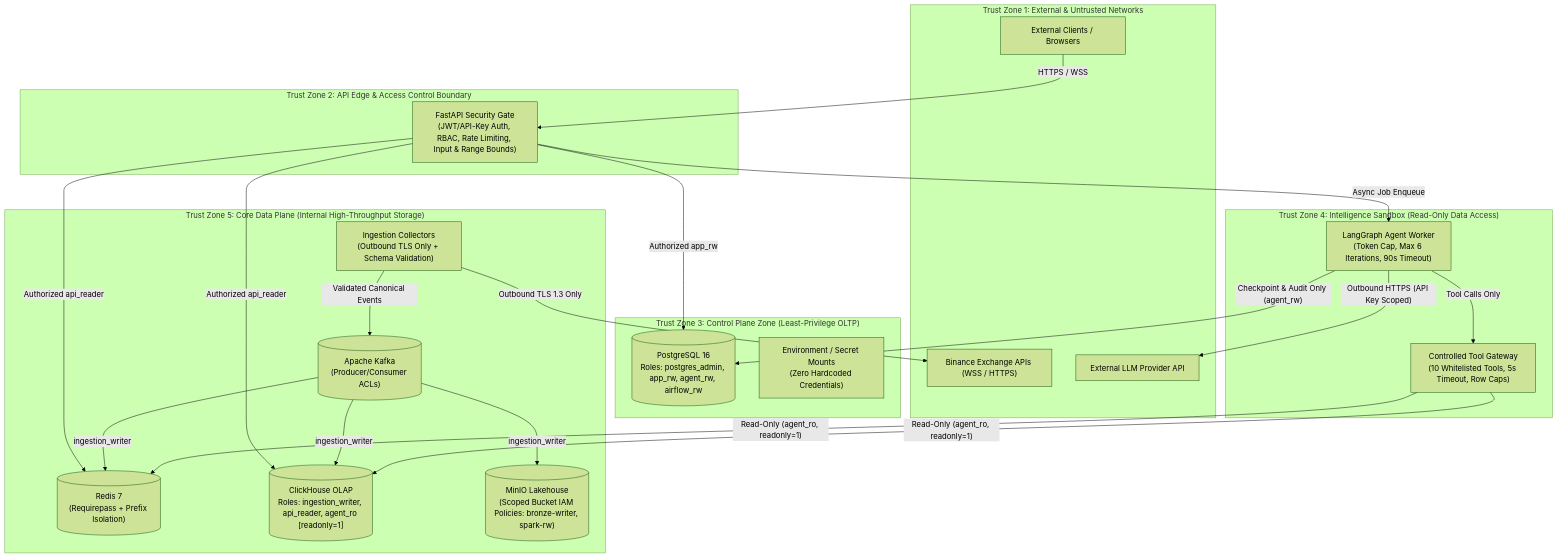
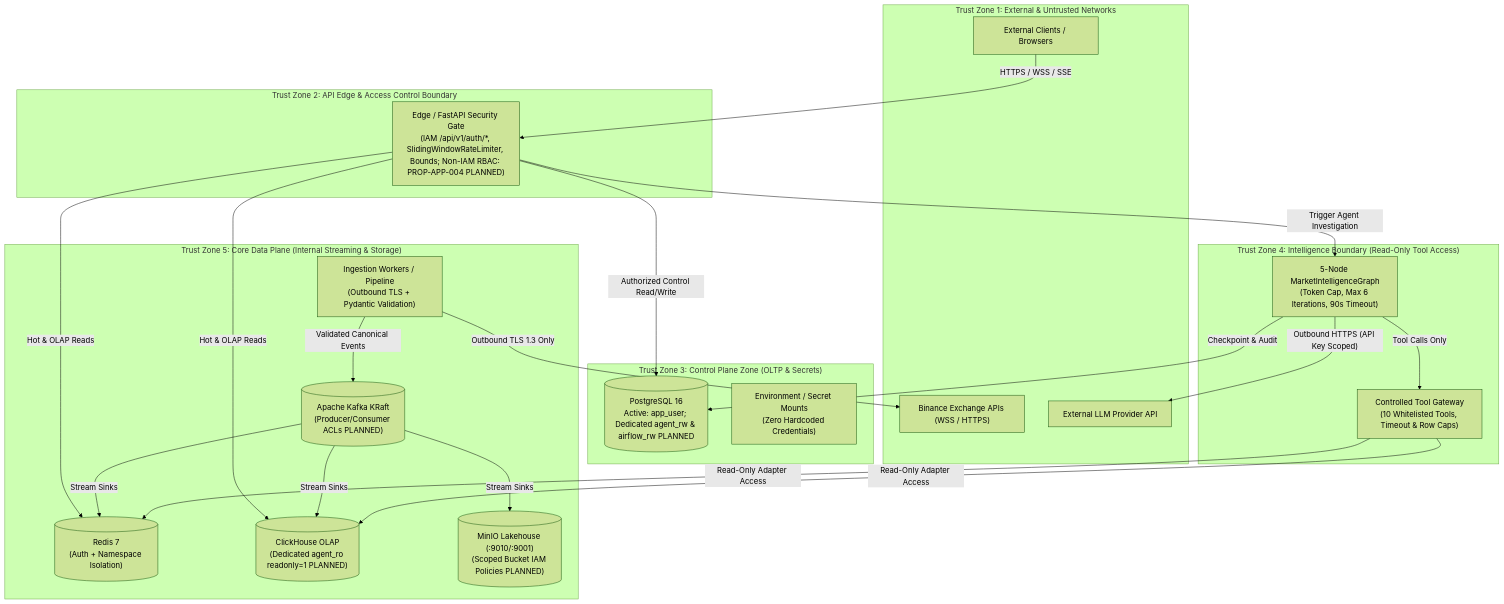
Before and after one commit to DungTran1201/FinancialMarketDataPlatform: the diagram in docs/diagrams/security/16-security-trust-boundaries.md, drawn with Mermaid (forest theme). The commit also changed other lines of this file and 141 other files, not shown here.

Commit message:
docs: add comprehensive architecture documentation, data models, and agent definitions

````diff
--- a/docs/diagrams/security/16-security-trust-boundaries.md
+++ b/docs/diagrams/security/16-security-trust-boundaries.md
@@ -12,44 +24,44 @@
 ```mermaid
 flowchart TB
     subgraph Zone1["Trust Zone 1: External & Untrusted Networks"]
         ExtClient["External Clients / Browsers"]
         BinanceAPI["Binance Exchange APIs (WSS / HTTPS)"]
         ExtLLM["External LLM Provider API"]
     end
 
     subgraph Zone2["Trust Zone 2: API Edge & Access Control Boundary"]
-        AuthGate["FastAPI Security Gate<br/>(JWT/API-Key Auth, RBAC, Rate Limiting, Input & Range Bounds)"]
+        AuthGate["Edge / FastAPI Security Gate<br/>(IAM /api/v1/auth/*, SlidingWindowRateLimiter, Bounds; Non-IAM RBAC: PROP-APP-004 PLANNED)"]
     end
 
-    subgraph Zone3["Trust Zone 3: Control Plane Zone (Least-Privilege OLTP)"]
-        PGControl[("PostgreSQL 16<br/>Roles: postgres_admin, app_rw, agent_rw, airflow_rw")]
+    subgraph Zone3["Trust Zone 3: Control Plane Zone (OLTP & Secrets)"]
+        PGControl[("PostgreSQL 16<br/>Active: app_user; Dedicated agent_rw & airflow_rw PLANNED")]
         SecretStore["Environment / Secret Mounts<br/>(Zero Hardcoded Credentials)"]
     end
 
-    subgraph Zone4["Trust Zone 4: Intelligence Sandbox (Read-Only Data Access)"]
-        LangGraph["LangGraph Agent Worker<br/>(Token Cap, Max 6 Iterations, 90s Timeout)"]
-        ToolFirewall["Controlled Tool Gateway<br/>(10 Whitelisted Tools, 5s Timeout, Row Caps)"]
+    subgraph Zone4["Trust Zone 4: Intelligence Boundary (Read-Only Tool Access)"]
+        LangGraph["5-Node MarketIntelligenceGraph<br/>(Token Cap, Max 6 Iterations, 90s Timeout)"]
+        ToolFirewall["Controlled Tool Gateway<br/>(10 Whitelisted Tools, Timeout & Row Caps)"]
     end
 
-    subgraph Zone5["Trust Zone 5: Core Data Plane (Internal High-Throughput Storage)"]
-        Collectors["Ingestion Collectors<br/>(Outbound TLS Only + Schema Validation)"]
-        KafkaInternal[("Apache Kafka<br/>(Producer/Consumer ACLs)")]
-        RedisInternal[("Redis 7<br/>(Requirepass + Prefix Isolation)")]
-        CHInternal[("ClickHouse OLAP<br/>Roles: ingestion_writer, api_reader, agent_ro [readonly=1]")]
-        MinIOInternal[("MinIO Lakehouse<br/>(Scoped Bucket IAM Policies: bronze-writer, spark-rw)")]
+    subgraph Zone5["Trust Zone 5: Core Data Plane (Internal Streaming & Storage)"]
+        Collectors["Ingestion Workers / Pipeline<br/>(Outbound TLS + Pydantic Validation)"]
+        KafkaInternal[("Apache Kafka KRaft<br/>(Producer/Consumer ACLs PLANNED)")]
+        RedisInternal[("Redis 7<br/>(Auth + Namespace Isolation)")]
+        CHInternal[("ClickHouse OLAP<br/>(Dedicated agent_ro readonly=1 PLANNED)")]
+        MinIOInternal[("MinIO Lakehouse (:9010/:9001)<br/>(Scoped Bucket IAM Policies PLANNED)")]
     end
 
-    ExtClient -->|"HTTPS / WSS"| AuthGate
-    AuthGate -->|"Authorized app_rw"| PGControl
-    AuthGate -->|"Authorized api_reader"| RedisInternal & CHInternal
-    AuthGate -->|"Async Job Enqueue"| LangGraph
+    ExtClient -->|"HTTPS / WSS / SSE"| AuthGate
+    AuthGate -->|"Authorized Control Read/Write"| PGControl
+    AuthGate -->|"Hot & OLAP Reads"| RedisInternal & CHInternal
+    AuthGate -->|"Trigger Agent Investigation"| LangGraph
 
     Collectors -->|"Outbound TLS 1.3 Only"| BinanceAPI
     Collectors -->|"Validated Canonical Events"| KafkaInternal
-    KafkaInternal -->|"ingestion_writer"| RedisInternal & CHInternal & MinIOInternal
+    KafkaInternal -->|"Stream Sinks"| RedisInternal & CHInternal & MinIOInternal
 
     LangGraph -->|"Outbound HTTPS (API Key Scoped)"| ExtLLM
-    LangGraph -->|"Checkpoint & Audit Only (agent_rw)"| PGControl
+    LangGraph -->|"Checkpoint & Audit"| PGControl
     LangGraph -->|"Tool Calls Only"| ToolFirewall
-    ToolFirewall -->|"Read-Only (agent_ro, readonly=1)"| RedisInternal & CHInternal
+    ToolFirewall -->|"Read-Only Adapter Access"| RedisInternal & CHInternal
 ```
````
